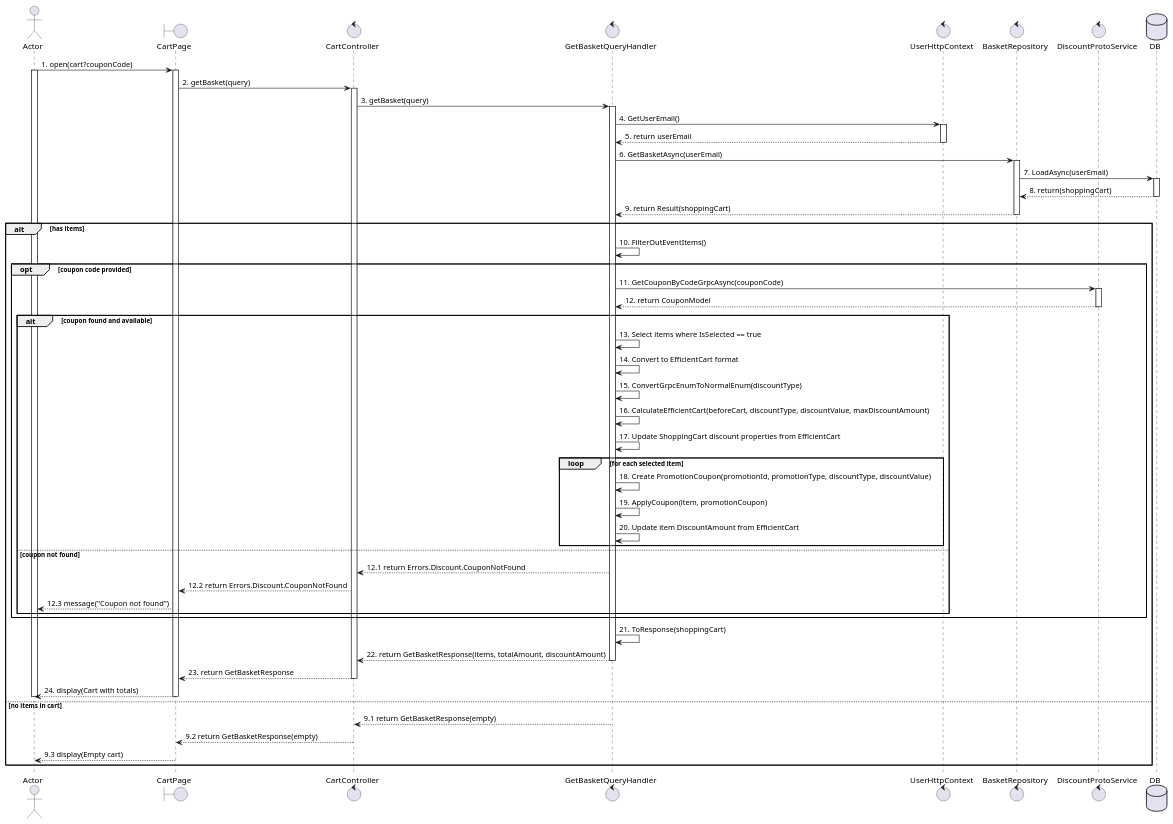
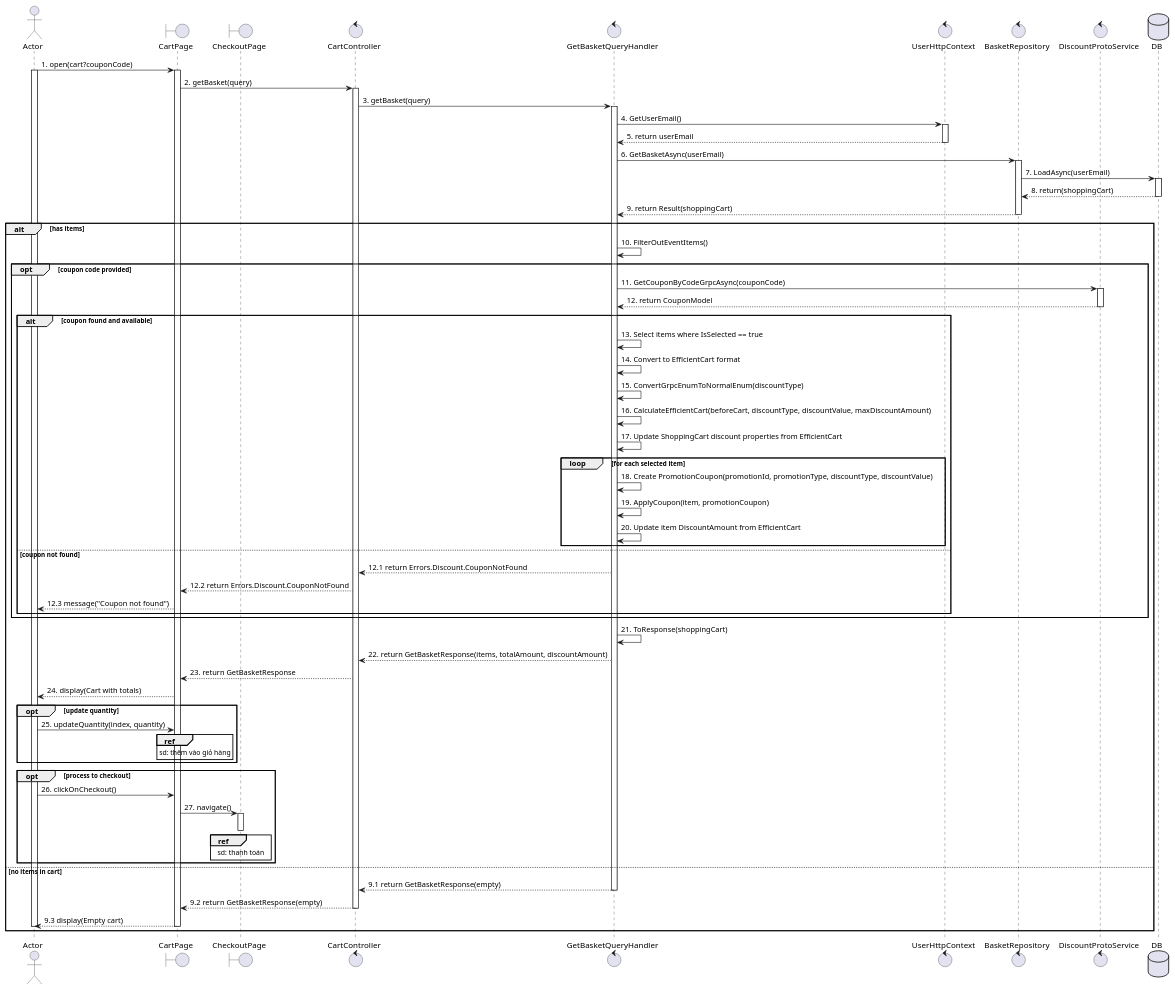
Before and after one commit to Young-Z-Generation-YZG/your-comfort-my-apple: the diagram in docs/usecases/UC10_manage-cart.plantuml, drawn with PlantUML. The commit also changed 3 other files, not shown here.

```diff
--- a/docs/usecases/UC10_manage-cart.plantuml
+++ b/docs/usecases/UC10_manage-cart.plantuml
@@ -1,78 +1,89 @@
 @startuml UC10_manage_cart
 actor Actor
 boundary CartPage
+boundary CheckoutPage
 control CartController
 control GetBasketQueryHandler
 control UserHttpContext
 control BasketRepository
 control DiscountProtoService
 database DB
 
 Actor -> CartPage: 1. open(cart?couponCode)
 activate Actor
 activate CartPage
 
 CartPage -> CartController: 2. getBasket(query)
 activate CartController
 
 CartController -> GetBasketQueryHandler: 3. getBasket(query)
 activate GetBasketQueryHandler
 
 GetBasketQueryHandler -> UserHttpContext: 4. GetUserEmail()
 activate UserHttpContext
 UserHttpContext --> GetBasketQueryHandler: 5. return userEmail
 deactivate UserHttpContext
 
 GetBasketQueryHandler -> BasketRepository: 6. GetBasketAsync(userEmail)
 activate BasketRepository
 BasketRepository -> DB: 7. LoadAsync(userEmail)
 activate DB
 DB --> BasketRepository: 8. return(shoppingCart)
 deactivate DB
 BasketRepository --> GetBasketQueryHandler: 9. return Result(shoppingCart)
 deactivate BasketRepository
 
 alt has items
     GetBasketQueryHandler -> GetBasketQueryHandler: 10. FilterOutEventItems()
 
     opt coupon code provided
         GetBasketQueryHandler -> DiscountProtoService: 11. GetCouponByCodeGrpcAsync(couponCode)
         activate DiscountProtoService
         DiscountProtoService --> GetBasketQueryHandler: 12. return CouponModel
         deactivate DiscountProtoService
 
         alt coupon found and available
             GetBasketQueryHandler -> GetBasketQueryHandler: 13. Select items where IsSelected == true
             GetBasketQueryHandler -> GetBasketQueryHandler: 14. Convert to EfficientCart format
             GetBasketQueryHandler -> GetBasketQueryHandler: 15. ConvertGrpcEnumToNormalEnum(discountType)
             GetBasketQueryHandler -> GetBasketQueryHandler: 16. CalculateEfficientCart(beforeCart, discountType, discountValue, maxDiscountAmount)
             GetBasketQueryHandler -> GetBasketQueryHandler: 17. Update ShoppingCart discount properties from EfficientCart
             loop for each selected item
                 GetBasketQueryHandler -> GetBasketQueryHandler: 18. Create PromotionCoupon(promotionId, promotionType, discountType, discountValue)
                 GetBasketQueryHandler -> GetBasketQueryHandler: 19. ApplyCoupon(item, promotionCoupon)
                 GetBasketQueryHandler -> GetBasketQueryHandler: 20. Update item DiscountAmount from EfficientCart
             end
         else coupon not found
             GetBasketQueryHandler --> CartController: 12.1 return Errors.Discount.CouponNotFound
             CartController --> CartPage: 12.2 return Errors.Discount.CouponNotFound
             CartPage --> Actor: 12.3 message("Coupon not found")
         end
     end
 
     GetBasketQueryHandler -> GetBasketQueryHandler: 21. ToResponse(shoppingCart)
     GetBasketQueryHandler --> CartController: 22. return GetBasketResponse(items, totalAmount, discountAmount)
-    deactivate GetBasketQueryHandler
     CartController --> CartPage: 23. return GetBasketResponse
-    deactivate CartController
     CartPage --> Actor: 24. display(Cart with totals)
-    deactivate CartPage
-    deactivate Actor
+    opt update quantity
+        Actor -> CartPage: 25. updateQuantity(index, quantity)
+        ref over CartPage: sd: thêm vào giỏ hàng
+    end
+
+    opt process to checkout
+        Actor -> CartPage: 26. clickOnCheckout()
+        CartPage -> CheckoutPage: 27. navigate()
+        activate CheckoutPage
+        deactivate CheckoutPage
+        ref over CheckoutPage: sd: thanh toán
+    end
 else no items in cart
     GetBasketQueryHandler --> CartController: 9.1 return GetBasketResponse(empty)
+    deactivate GetBasketQueryHandler
     CartController --> CartPage: 9.2 return GetBasketResponse(empty)
+    deactivate CartController
     CartPage --> Actor: 9.3 display(Empty cart)
     deactivate CartPage
     deactivate Actor
 end
 
 @enduml
```
